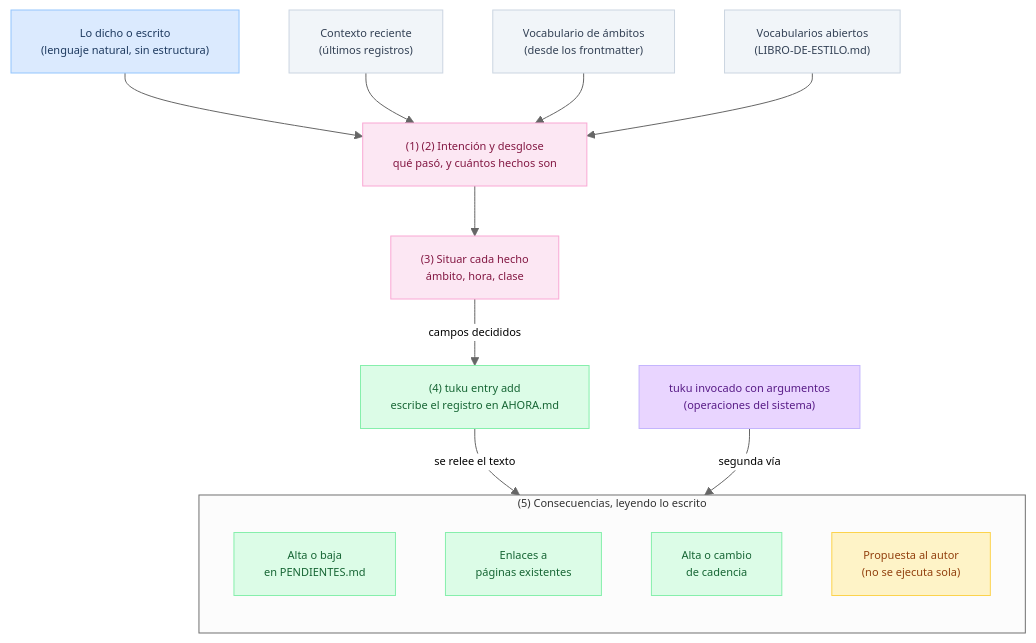
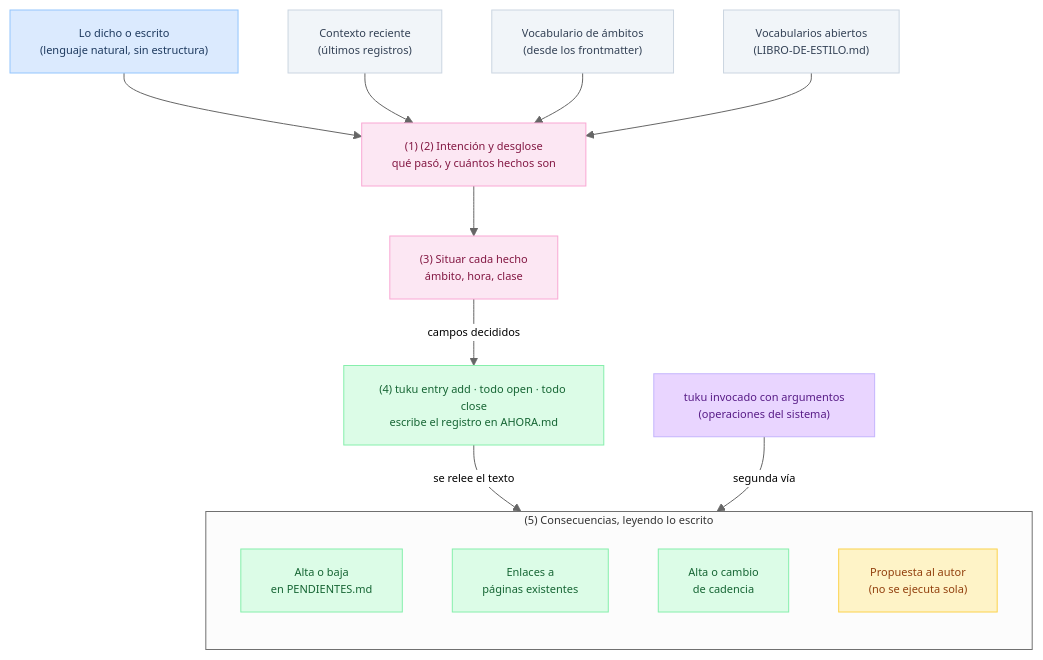
One commit to pewma-ai/tuku changed the diagram in spec/flujo-informacion.md. Above: the diagram before and after it, drawn with Mermaid. The commit also changed other lines of this file and 22 other files, not shown here.

First line of the commit message:
feat(todo): abrir y cerrar pendientes es solo de tuku todo

````diff
--- a/spec/flujo-informacion.md
+++ b/spec/flujo-informacion.md
@@ -53,42 +53,42 @@
 ```mermaid
 %%{init: {'flowchart': {'useMaxWidth': true}, 'theme': 'neutral', 'themeVariables': {'fontSize': '11px'}}}%%
 flowchart TD
     E["Lo dicho o escrito<br/>(lenguaje natural, sin estructura)"]
     CTX["Contexto reciente<br/>(últimos registros)"]
     VOC["Vocabulario de ámbitos<br/>(desde los frontmatter)"]
     LE["Vocabularios abiertos<br/>(LIBRO-DE-ESTILO.md)"]
     I["(1) (2) Intención y desglose<br/>qué pasó, y cuántos hechos son"]
     S["(3) Situar cada hecho<br/>ámbito, hora, clase"]
-    ENT["(4) tuku entry add<br/>escribe el registro en AHORA.md"]
+    ENT["(4) tuku entry add · todo open · todo close<br/>escribe el registro en AHORA.md"]
     J["tuku invocado con argumentos<br/>(operaciones del sistema)"]
 
     subgraph CONS["(5) Consecuencias, leyendo lo escrito"]
         direction TB
         K1["Alta o baja<br/>en PENDIENTES.md"]
         K2["Enlaces a<br/>páginas existentes"]
         K4["Alta o cambio<br/>de cadencia"]
         K3["Propuesta al autor<br/>(no se ejecuta sola)"]
     end
 
     E --> I
     CTX --> I
     VOC --> I
     LE --> I
     I --> S
     S -->|"campos decididos"| ENT
     ENT -->|"se relee el texto"| CONS
     J -->|"segunda vía"| CONS
 
     style E fill:#dbeafe,color:#1e3a5f,stroke:#93c5fd
     style CTX fill:#f1f5f9,color:#334155,stroke:#cbd5e1
     style VOC fill:#f1f5f9,color:#334155,stroke:#cbd5e1
     style LE fill:#f1f5f9,color:#334155,stroke:#cbd5e1
     style I fill:#fce7f3,color:#831843,stroke:#f9a8d4
     style S fill:#fce7f3,color:#831843,stroke:#f9a8d4
     style ENT fill:#dcfce7,color:#166534,stroke:#86efac
     style J fill:#e9d5ff,color:#581c87,stroke:#c4b5fd
     style K1 fill:#dcfce7,color:#166534,stroke:#86efac
     style K2 fill:#dcfce7,color:#166534,stroke:#86efac
     style K4 fill:#dcfce7,color:#166534,stroke:#86efac
     style K3 fill:#fef3c7,color:#92400e,stroke:#fcd34d
 ```
````
